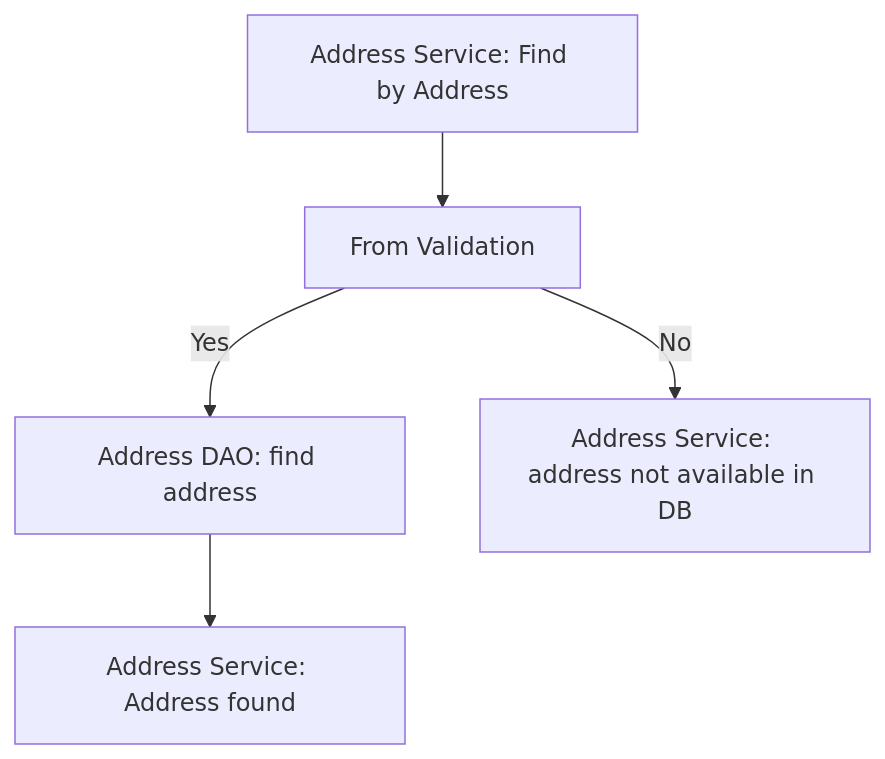
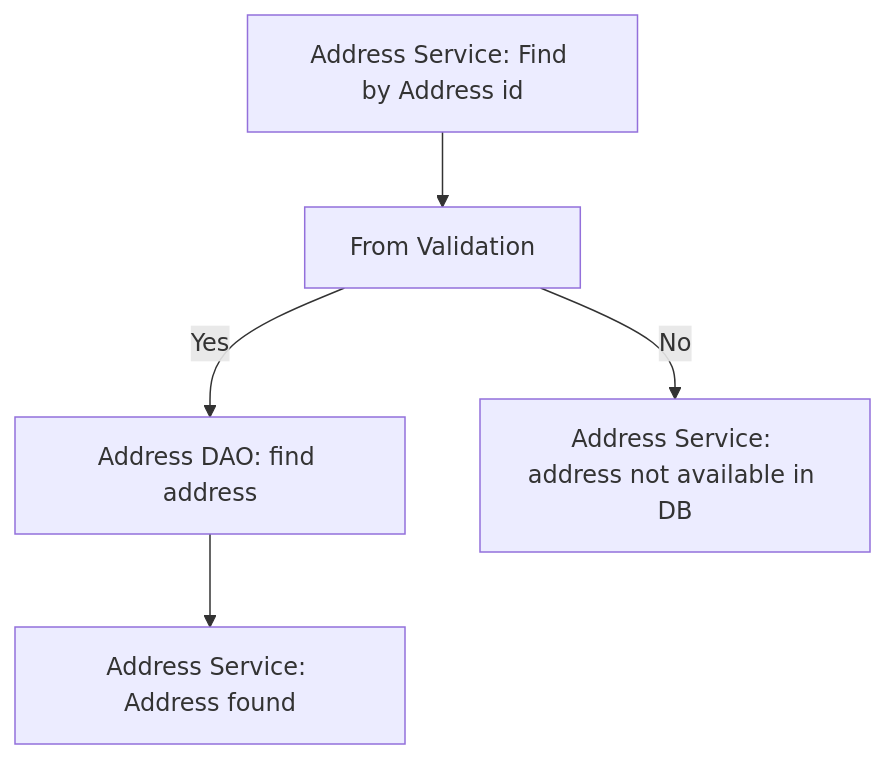
The third of 13 diagrams in README.md (fssa-batch3/sec_b_alagappan.kumaravel__corejava_project_2), drawn with Mermaid before and after one commit. The commit also changed other lines of this file and 21 other files, not shown here.

````diff
--- a/README.md
+++ b/README.md
@@ -92,7 +172,13 @@
 ```mermaid
+
 graph TD;
-  A[Address Service: Find by Address] --> B[From Validation]
-  B -- Yes --> E[Address DAO: find address]
-  B -- No --> F[Address Service: address not available in DB]
-  E --> H[Address Service: Address found]
+
+A[Address Service: Find by Address id] --> B[From Validation]
+
+B -- Yes --> E[Address DAO: find address]
+
+B -- No --> F[Address Service: address not available in DB]
+
+E --> H[Address Service: Address found]
+
 ```
````
